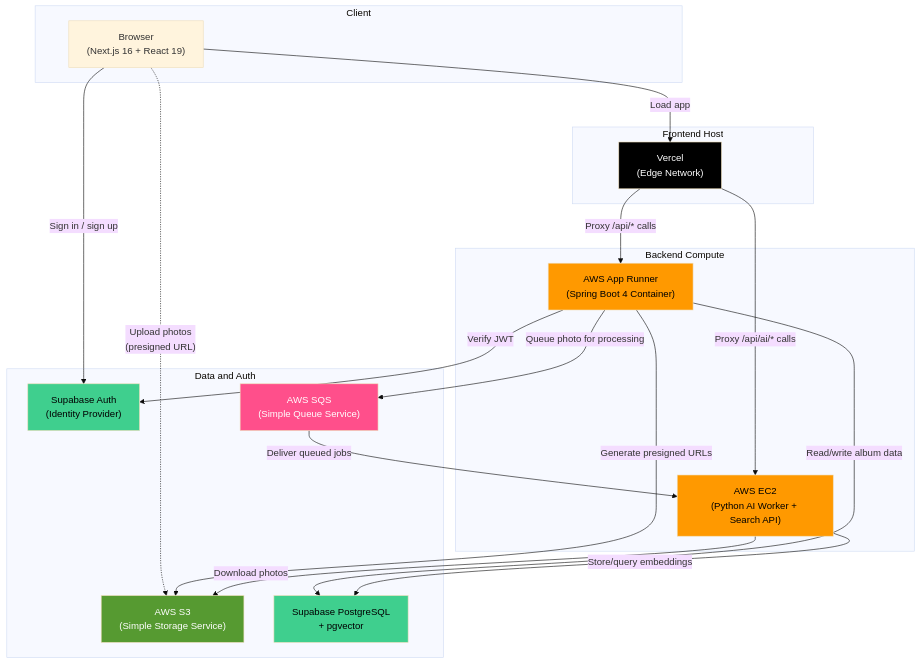
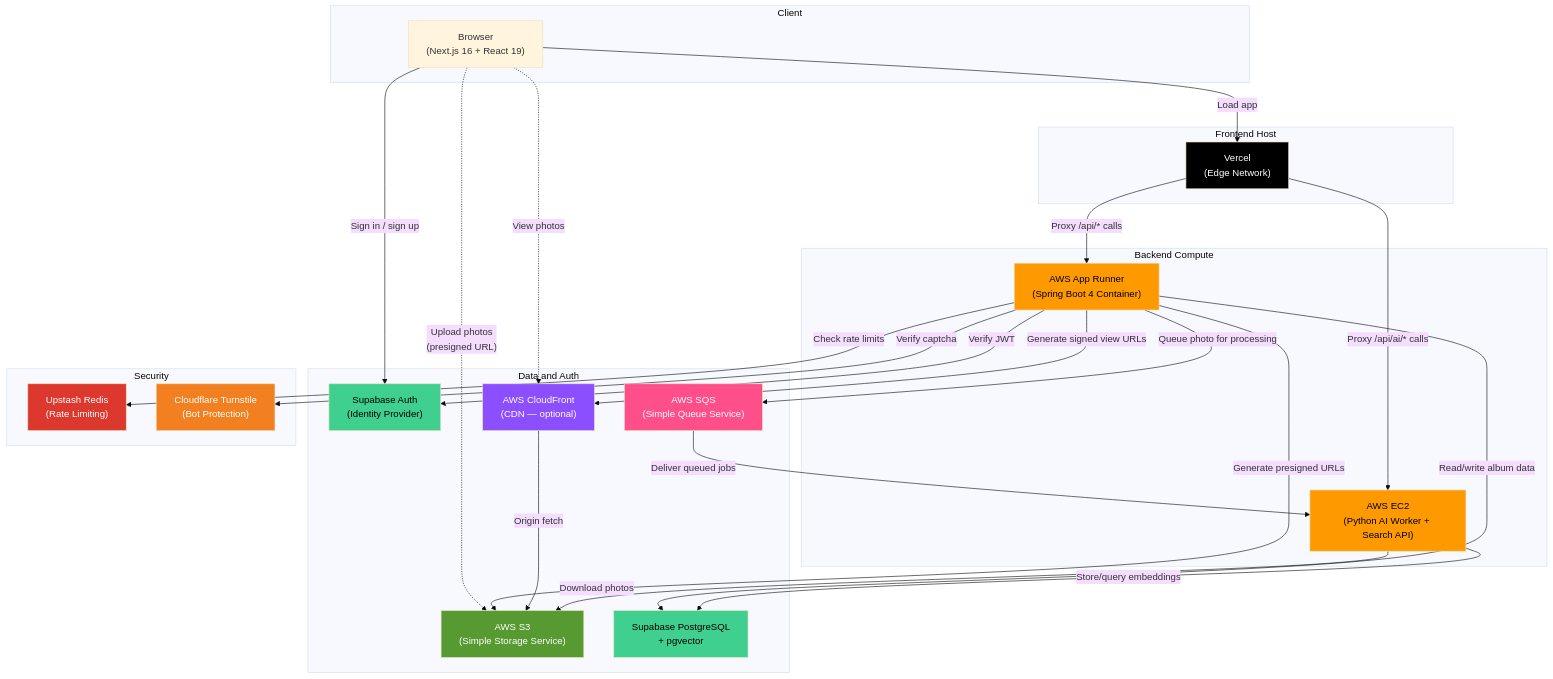
Before and after one commit to Shahir-47/grab-pic: the third of 14 diagrams in README.md, drawn with Mermaid (base theme). The commit also changed other lines of this file and 2 other files, not shown here.

Commit message:
feat: update README and code comments for clarity on photo limits and embedding dimensions

````diff
--- a/README.md
+++ b/README.md
@@ -114,46 +117,61 @@
 ```mermaid
 graph TD
     subgraph "Client"
         Browser["Browser<br>(Next.js 16 + React 19)"]
     end
 
     subgraph "Frontend Host"
         Vercel["Vercel<br>(Edge Network)"]
     end
 
     subgraph "Backend Compute"
         AppRunner["AWS App Runner<br>(Spring Boot 4 Container)"]
         EC2["AWS EC2<br>(Python AI Worker + Search API)"]
     end
 
     subgraph "Data and Auth"
         SupaAuth["Supabase Auth<br>(Identity Provider)"]
         S3["AWS S3<br>(Simple Storage Service)"]
         SQS["AWS SQS<br>(Simple Queue Service)"]
+        CF["AWS CloudFront<br>(CDN — optional)"]
         SupaDB["Supabase PostgreSQL<br>+ pgvector"]
+    end
+
+    subgraph "Security"
+        Redis["Upstash Redis<br>(Rate Limiting)"]
+        Turnstile["Cloudflare Turnstile<br>(Bot Protection)"]
     end
 
     Browser -->|"Load app"| Vercel
     Browser -->|"Sign in / sign up"| SupaAuth
     Browser -.->|"Upload photos<br>(presigned URL)"| S3
+    Browser -.->|"View photos"| CF
 
     Vercel -->|"Proxy /api/* calls"| AppRunner
     Vercel -->|"Proxy /api/ai/* calls"| EC2
 
     AppRunner -->|"Verify JWT"| SupaAuth
     AppRunner -->|"Generate presigned URLs"| S3
+    AppRunner -->|"Generate signed view URLs"| CF
     AppRunner -->|"Queue photo for processing"| SQS
     AppRunner -->|"Read/write album data"| SupaDB
+    AppRunner -->|"Check rate limits"| Redis
+    AppRunner -->|"Verify captcha"| Turnstile
+
+    CF -->|"Origin fetch"| S3
 
     SQS -->|"Deliver queued jobs"| EC2
     EC2 -->|"Download photos"| S3
     EC2 -->|"Store/query embeddings"| SupaDB
 
     style Vercel fill:#000,color:#fff
     style AppRunner fill:#FF9900,color:#000
     style EC2 fill:#FF9900,color:#000
     style S3 fill:#569A31,color:#fff
     style SQS fill:#FF4F8B,color:#fff
+    style CF fill:#8C4FFF,color:#fff
+    style Redis fill:#DC382D,color:#fff
+    style Turnstile fill:#F38020,color:#fff
     style SupaDB fill:#3FCF8E,color:#000
     style SupaAuth fill:#3FCF8E,color:#000
 ```
````
